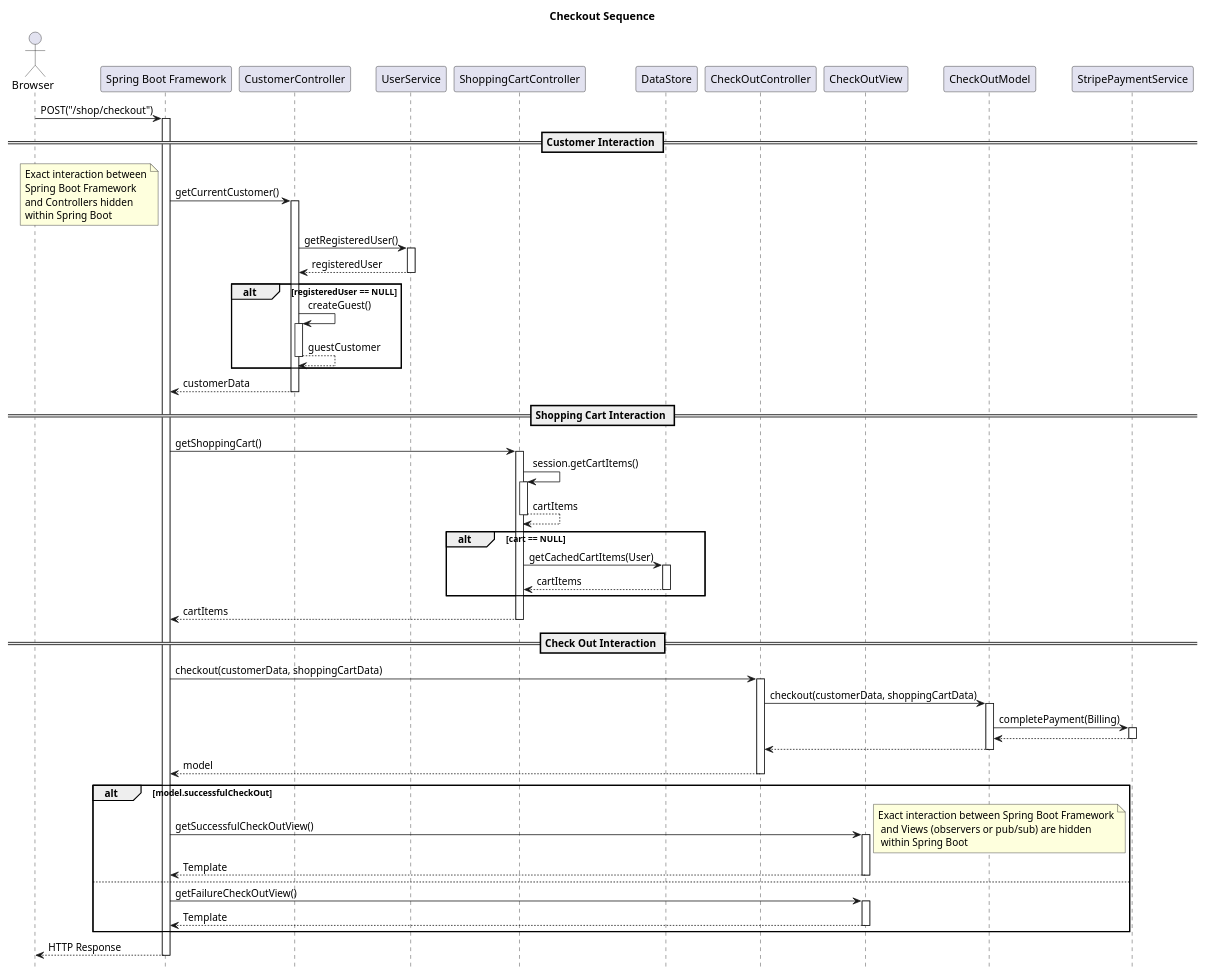
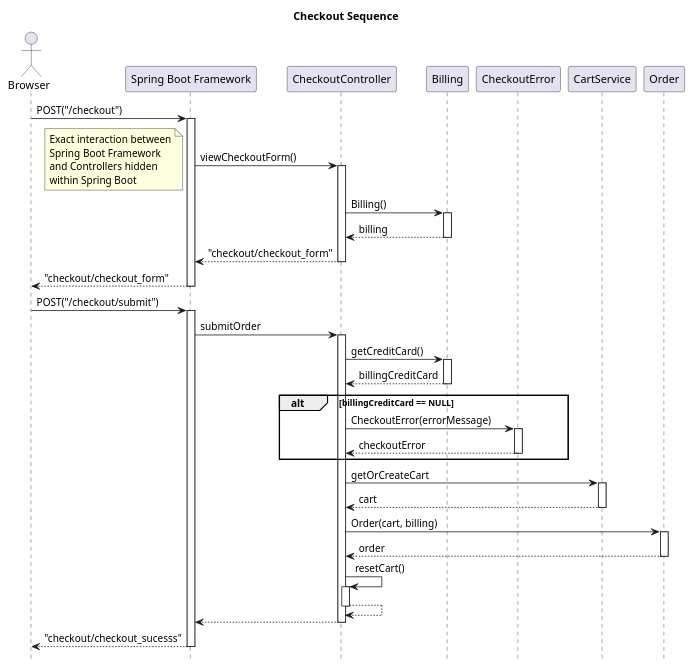
The diagram in documents/Process View/checkout.puml (Rockie156/se577-train-system), drawn with PlantUML before and after one commit.

Commit message:
doc: update checkout sequence

```diff
--- a/documents/Process View/checkout.puml
+++ b/documents/Process View/checkout.puml
@@ -1,69 +1,46 @@
 @startuml
 title Checkout Sequence
 hide footbox
 autoactivate on
 
 actor "Browser" as client
 participant "Spring Boot Framework" as SB
-participant CustomerController
-participant UserService
-participant ShoppingCartController
-participant DataStore
-participant CheckOutController
-participant CheckOutView
 
+client -> SB : POST("/checkout")
 
-
-client -> SB : POST("/shop/checkout")
-
-== Customer Interaction ==
-SB -> CustomerController : getCurrentCustomer()
+SB -> CheckoutController : viewCheckoutForm()
 note left
 Exact interaction between
 Spring Boot Framework
 and Controllers hidden
 within Spring Boot
 end note
-CustomerController -> UserService : getRegisteredUser()
-return registeredUser
-alt registeredUser == NULL
-   CustomerController -> CustomerController : createGuest()
-   return guestCustomer
+
+CheckoutController -> Billing : Billing()
+return billing
+
+return "checkout/checkout_form"
+return "checkout/checkout_form"
+
+client-> SB : POST("/checkout/submit")
+SB -> CheckoutController : submitOrder
+CheckoutController -> Billing : getCreditCard()
+return billingCreditCard
+
+alt billingCreditCard == NULL
+   CheckoutController -> CheckoutError : CheckoutError(errorMessage)
+   return checkoutError
+'   CheckoutController --> SB : "redirect:/checkout"
 end
-return customerData
 
-== Shopping Cart Interaction ==
-SB -> ShoppingCartController : getShoppingCart()
-ShoppingCartController -> ShoppingCartController : session.getCartItems()
-return cartItems
-alt cart == NULL
-   ShoppingCartController -> DataStore : getCachedCartItems(User)
-   return cartItems
-end
-return cartItems
+CheckoutController -> CartService : getOrCreateCart
+return cart
+CheckoutController -> Order : Order(cart, billing)
+return order
 
-== Check Out Interaction ==
-SB -> CheckOutController : checkout(customerData, shoppingCartData)
-CheckOutController -> CheckOutModel : checkout(customerData, shoppingCartData)
-CheckOutModel -> StripePaymentService : completePayment(Billing)
-
+CheckoutController -> CheckoutController : resetCart()
 return
 return
-return model
-alt model.successfulCheckOut
-   SB -> CheckOutView : getSuccessfulCheckOutView()
-   note right
-      Exact interaction between Spring Boot Framework
-       and Views (observers or pub/sub) are hidden
-       within Spring Boot
-    end note
+return "checkout/checkout_sucesss"
 
-return Template
-else
-   SB -> CheckOutView : getFailureCheckOutView()
-   return Template
-
-end
-
-return HTTP Response
 @enduml
```
